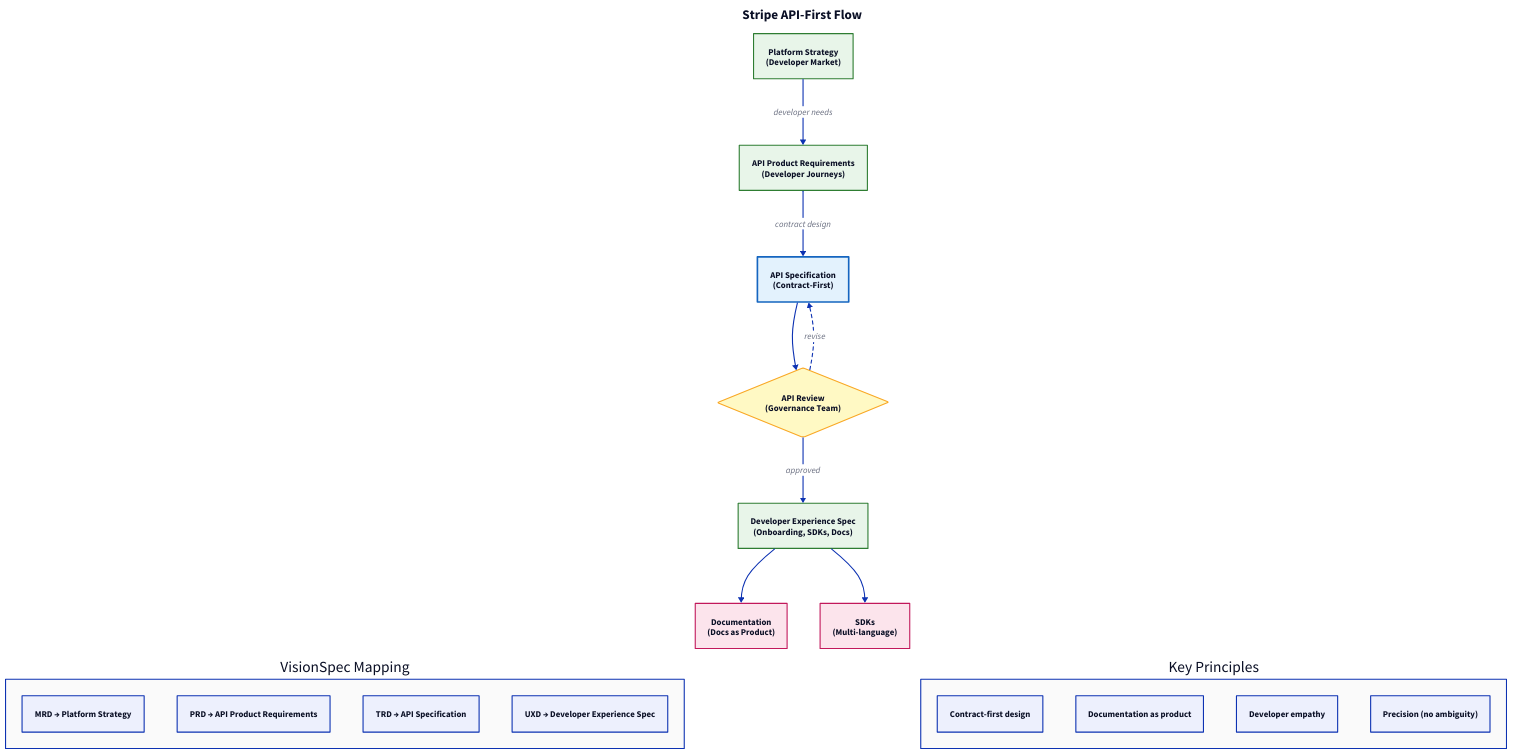
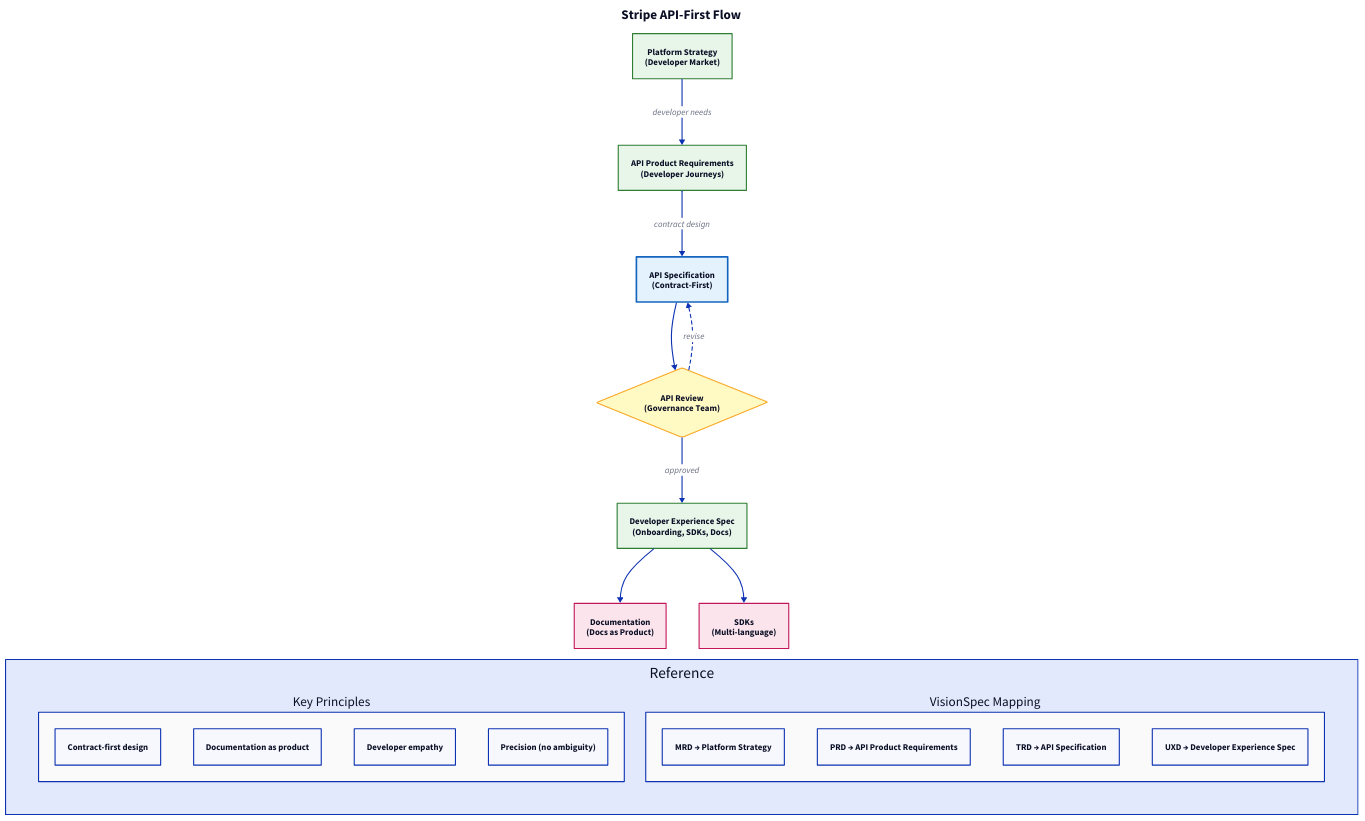
One commit to plexusone/multispec changed the diagram in docs/diagrams/stripe-flow.d2. Above: the diagram before and after it, drawn with D2. The commit also changed 7 other files, not shown here.

First line of the commit message:
fix(diagrams): correct legend positioning to bottom-center

```diff
--- a/docs/diagrams/stripe-flow.d2
+++ b/docs/diagrams/stripe-flow.d2
@@ -1,101 +1,107 @@
 # Stripe API-First Flow
 # Layout: ELK
 
 direction: down
 
 title: {
   label: Stripe API-First Flow
   near: top-center
   shape: text
   style.font-size: 24
   style.bold: true
 }
 
 # Strategy Phase
 platform: {
   label: Platform Strategy\n(Developer Market)
   shape: rectangle
   style.fill: "#e8f5e9"
   style.stroke: "#2e7d32"
 }
 
 # Contract Phase
 api_spec: {
   label: API Specification\n(Contract-First)
   shape: rectangle
   style.fill: "#e3f2fd"
   style.stroke: "#1565c0"
   style.stroke-width: 3
 }
 
 api_review: {
   label: API Review\n(Governance Team)
   shape: diamond
   style.fill: "#fff9c4"
   style.stroke: "#f9a825"
 }
 
 # Requirements Phase
 api_prd: {
   label: API Product Requirements\n(Developer Journeys)
   shape: rectangle
   style.fill: "#e8f5e9"
   style.stroke: "#2e7d32"
 }
 
 # DX Phase
 dx_spec: {
   label: Developer Experience Spec\n(Onboarding, SDKs, Docs)
   shape: rectangle
   style.fill: "#e8f5e9"
   style.stroke: "#2e7d32"
 }
 
 # Outputs
 docs: {
   label: Documentation\n(Docs as Product)
   shape: rectangle
   style.fill: "#fce4ec"
   style.stroke: "#c2185b"
 }
 
 sdk: {
   label: SDKs\n(Multi-language)
   shape: rectangle
   style.fill: "#fce4ec"
   style.stroke: "#c2185b"
 }
 
 # Flow
 platform -> api_prd: "developer needs"
 api_prd -> api_spec: "contract design"
 api_spec -> api_review
 api_review -> api_spec: "revise" {style.stroke-dash: 3}
 api_review -> dx_spec: "approved"
 
 dx_spec -> docs
 dx_spec -> sdk
 
-# Key Principles
-principles: {
-  label: Key Principles
-  near: bottom-right
-  style.fill: "#fafafa"
+# Footer - positioned below diagram
+footer: {
+  label: Reference
+  near: bottom-center
 
-  p1: "Contract-first design"
-  p2: "Documentation as product"
-  p3: "Developer empathy"
-  p4: "Precision (no ambiguity)"
+  grid-columns: 2
+
+  # Key Principles
+  principles: {
+    label: Key Principles
+    style.fill: "#fafafa"
+
+    p1: "Contract-first design"
+    p2: "Documentation as product"
+    p3: "Developer empathy"
+    p4: "Precision (no ambiguity)"
+  }
+
+  # VisionSpec Mapping
+  mapping: {
+    label: VisionSpec Mapping
+    style.fill: "#fafafa"
+
+    mrd_map: "MRD → Platform Strategy"
+    prd_map: "PRD → API Product Requirements"
+    trd_map: "TRD → API Specification"
+    uxd_map: "UXD → Developer Experience Spec"
+  }
 }
-
-# VisionSpec Mapping
-mapping: {
-  label: VisionSpec Mapping
-  near: bottom-left
-  style.fill: "#fafafa"
-
-  mrd_map: "MRD → Platform Strategy"
-  prd_map: "PRD → API Product Requirements"
-  trd_map: "TRD → API Specification"
-  uxd_map: "UXD → Developer Experience Spec"
-}
```
